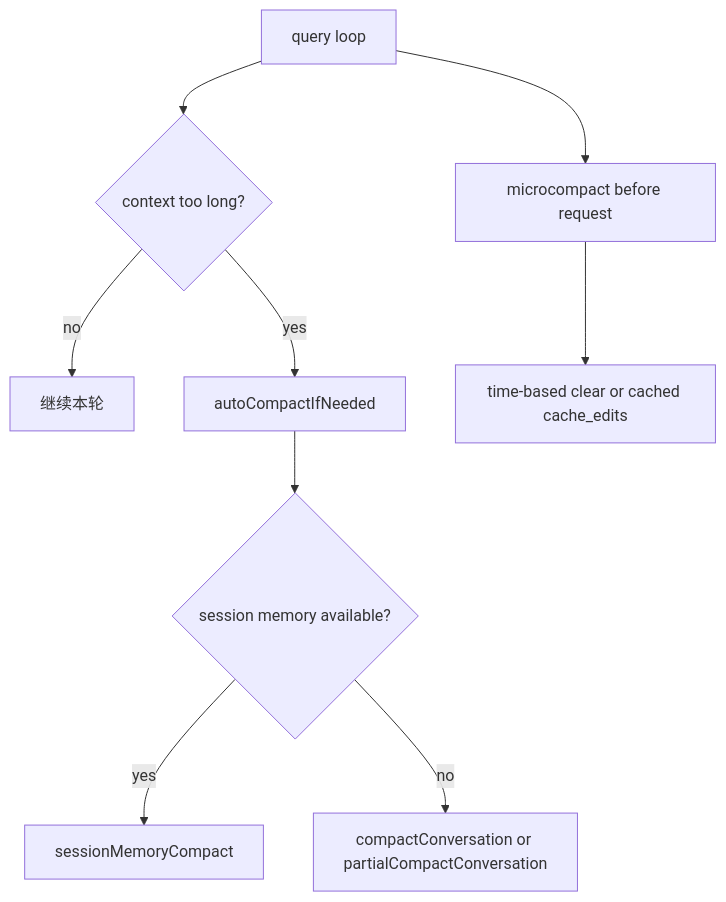
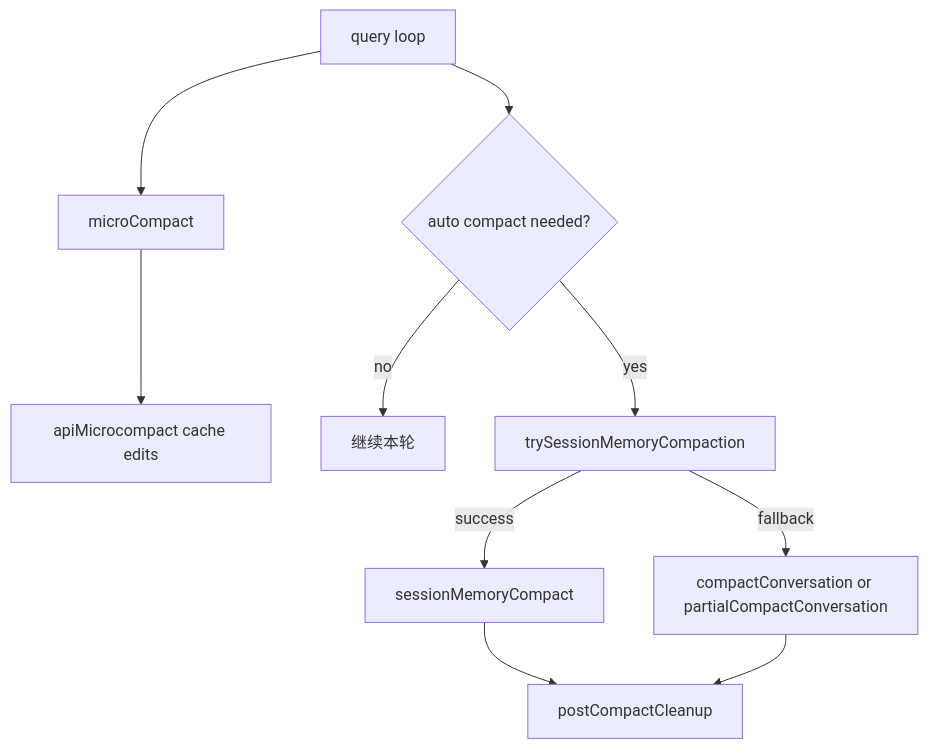
Before and after one commit to Boulea7/ClaudeCode-Source-DeepDive: the first of 2 diagrams in MODULES/02-planning-compaction-and-assistant/DEEP/README.md, drawn with Mermaid. The commit also changed other lines of this file and 5 other files, not shown here.

````diff
--- a/MODULES/02-planning-compaction-and-assistant/DEEP/README.md
+++ b/MODULES/02-planning-compaction-and-assistant/DEEP/README.md
@@ -227,11 +259,12 @@
 ```mermaid
 flowchart TD
-    A[query loop] --> B{context too long?}
-    B -- no --> C[继续本轮]
-    B -- yes --> D[autoCompactIfNeeded]
-    D --> E{session memory available?}
-    E -- yes --> F[sessionMemoryCompact]
-    E -- no --> G[compactConversation or partialCompactConversation]
-    A --> H[microcompact before request]
-    H --> I[time-based clear or cached cache_edits]
+    A[query loop] --> B[microCompact]
+    B --> C[apiMicrocompact cache edits]
+    A --> D{auto compact needed?}
+    D -- no --> E[继续本轮]
+    D -- yes --> F[trySessionMemoryCompaction]
+    F -- success --> G[sessionMemoryCompact]
+    F -- fallback --> H[compactConversation or partialCompactConversation]
+    G --> I[postCompactCleanup]
+    H --> I
 ```
````
